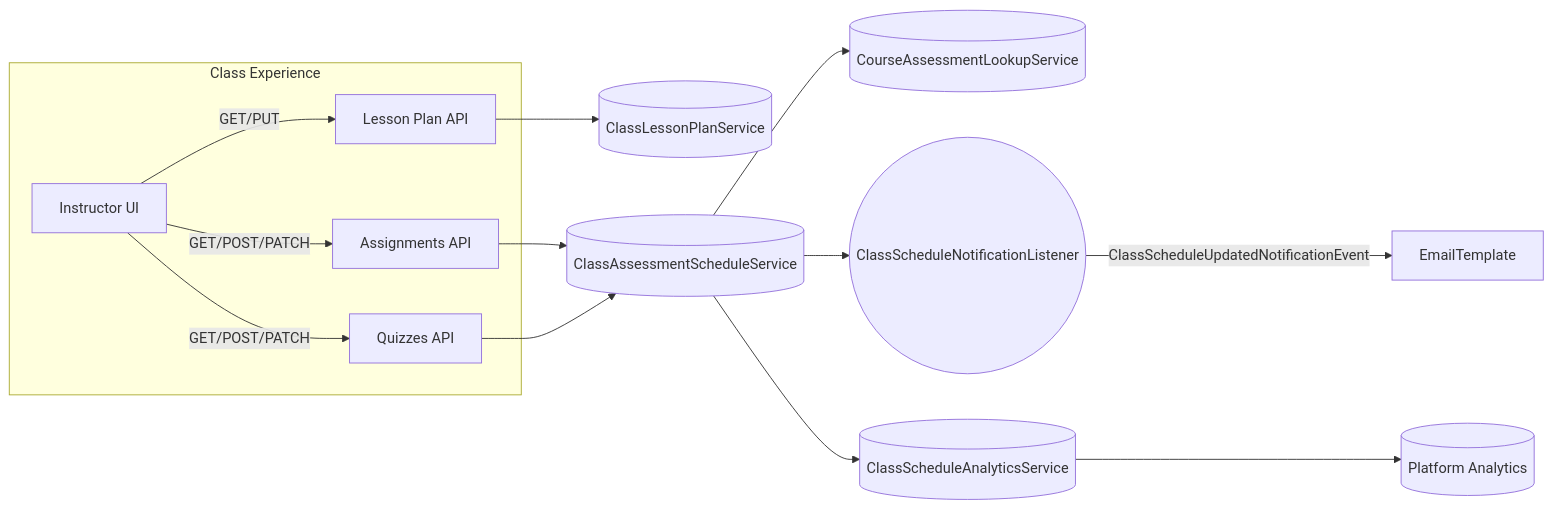
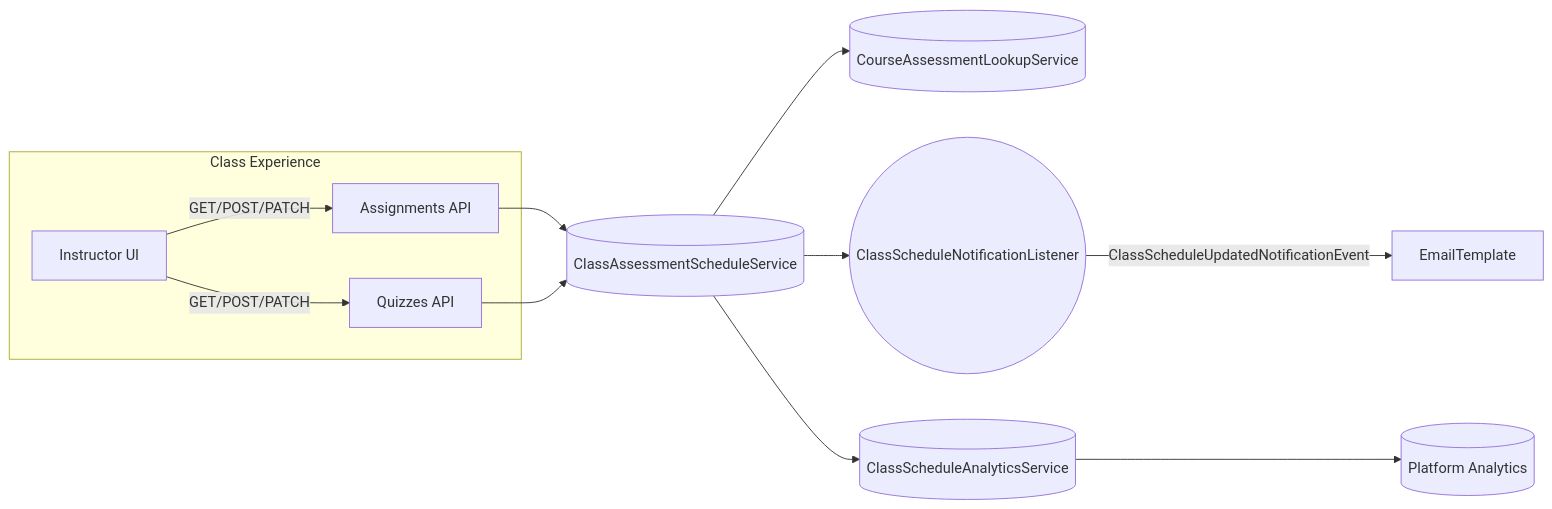
The diagram in docs/guides/ClassAssessmentsFrontendGuide.md (sarafrika/elimika), drawn with Mermaid before and after one commit. The commit also changed other lines of this file and 19 other files, not shown here.

Commit message:
refactor: remove class lesson plan module and keep cleanup migration

````diff
--- a/docs/guides/ClassAssessmentsFrontendGuide.md
+++ b/docs/guides/ClassAssessmentsFrontendGuide.md
@@ -13,19 +13,17 @@
 ```mermaid
 flowchart LR
     subgraph "Class Experience"
-        UI[Instructor UI] -->|GET/PUT| LessonPlanAPI["Lesson Plan API"]
-        UI -->|GET/POST/PATCH| AssignmentAPI["Assignments API"]
+        UI[Instructor UI] -->|GET/POST/PATCH| AssignmentAPI["Assignments API"]
         UI -->|GET/POST/PATCH| QuizAPI["Quizzes API"]
     end
 
-    LessonPlanAPI --> ClassesService[(ClassLessonPlanService)]
     AssignmentAPI --> ClassSchedules[(ClassAssessmentScheduleService)]
     QuizAPI --> ClassSchedules
 
     ClassSchedules --> CourseLookup[(CourseAssessmentLookupService)]
     ClassSchedules --> Notifications((ClassScheduleNotificationListener))
     ClassSchedules --> Analytics[(ClassScheduleAnalyticsService)]
 
     Notifications -->|ClassScheduleUpdatedNotificationEvent| EmailTemplate
     Analytics --> Reporting[(Platform Analytics)]
 ```
````
